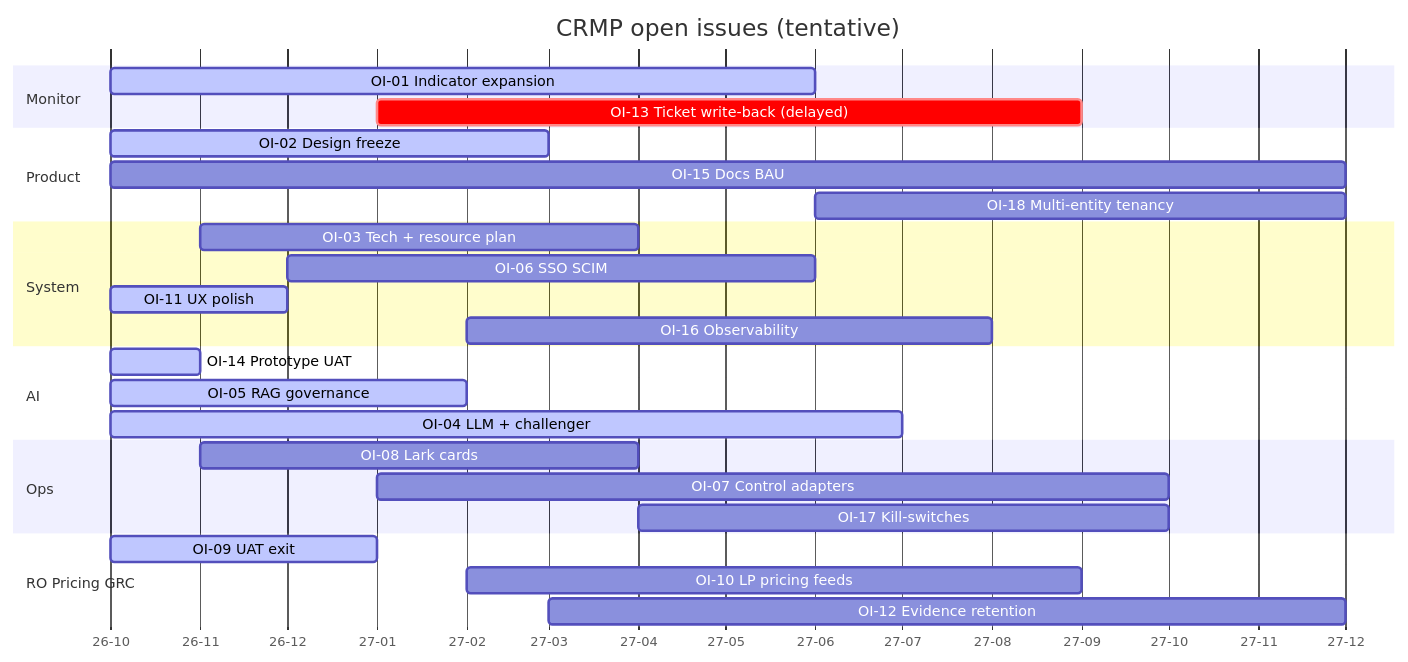
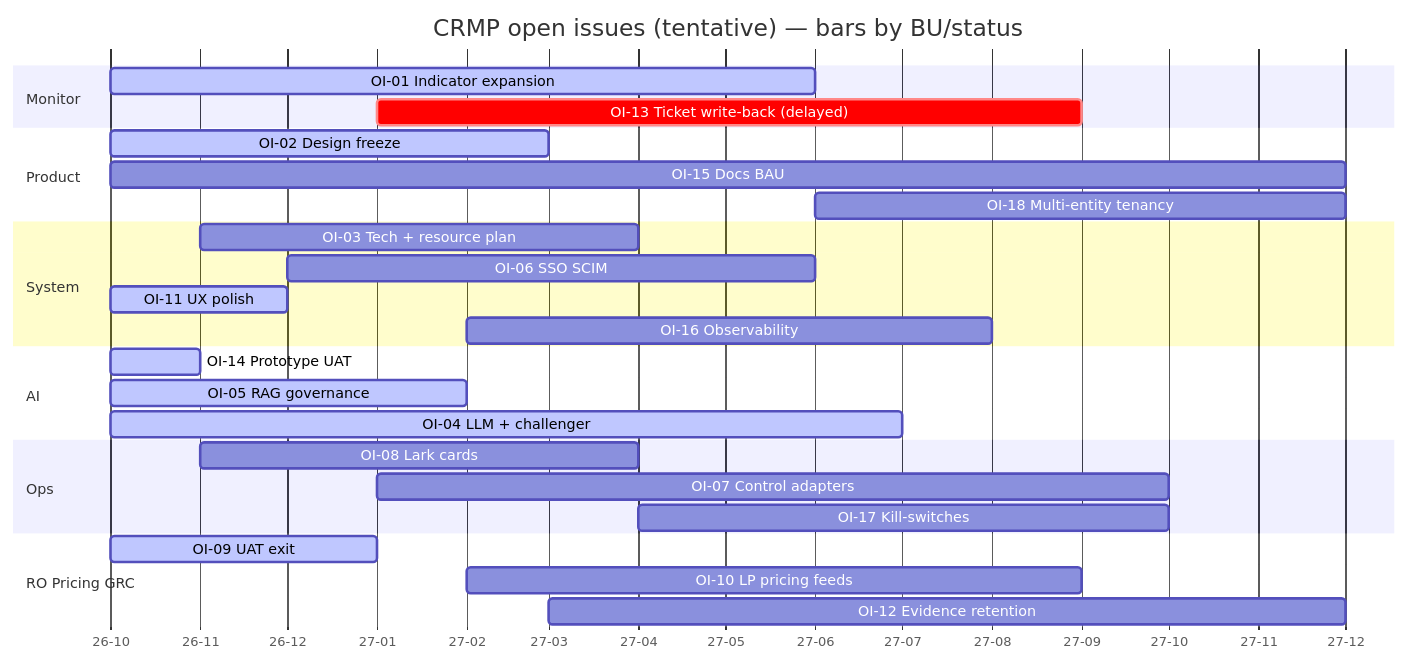
One commit to hxyan2020/PRD changed the diagram in platform/docs/PROGRESS.md. Above: the diagram before and after it, drawn with Mermaid. The commit also changed other lines of this file and 6 other files, not shown here.

First line of the commit message:
Orient Progress Tracker as X=issues, Y=timeline with BU labels

````diff
--- a/platform/docs/PROGRESS.md
+++ b/platform/docs/PROGRESS.md
@@ -11,30 +41,30 @@
 ```mermaid
 gantt
-  title CRMP open issues (tentative)
+  title CRMP open issues (tentative) — bars by BU/status
   dateFormat YYYY-MM
   axisFormat %y-%m
   section Monitor
   OI-01 Indicator expansion           :active, 2026-10, 2027-06
   OI-13 Ticket write-back (delayed)   :crit, 2027-01, 2027-09
   section Product
   OI-02 Design freeze                 :active, 2026-10, 2027-03
   OI-15 Docs BAU                      :2026-10, 2027-12
   OI-18 Multi-entity tenancy          :2027-06, 2027-12
   section System
   OI-03 Tech + resource plan          :2026-11, 2027-04
   OI-06 SSO SCIM                      :2026-12, 2027-06
   OI-11 UX polish                     :active, 2026-10, 2026-12
   OI-16 Observability                 :2027-02, 2027-08
   section AI
   OI-14 Prototype UAT                 :active, 2026-10, 2026-11
   OI-05 RAG governance                :active, 2026-10, 2027-02
   OI-04 LLM + challenger              :active, 2026-10, 2027-07
   section Ops
   OI-08 Lark cards                    :2026-11, 2027-04
   OI-07 Control adapters              :2027-01, 2027-10
   OI-17 Kill-switches                 :2027-04, 2027-10
   section RO Pricing GRC
   OI-09 UAT exit                      :active, 2026-10, 2027-01
   OI-10 LP pricing feeds              :2027-02, 2027-09
   OI-12 Evidence retention            :2027-03, 2027-12
 ```
````
